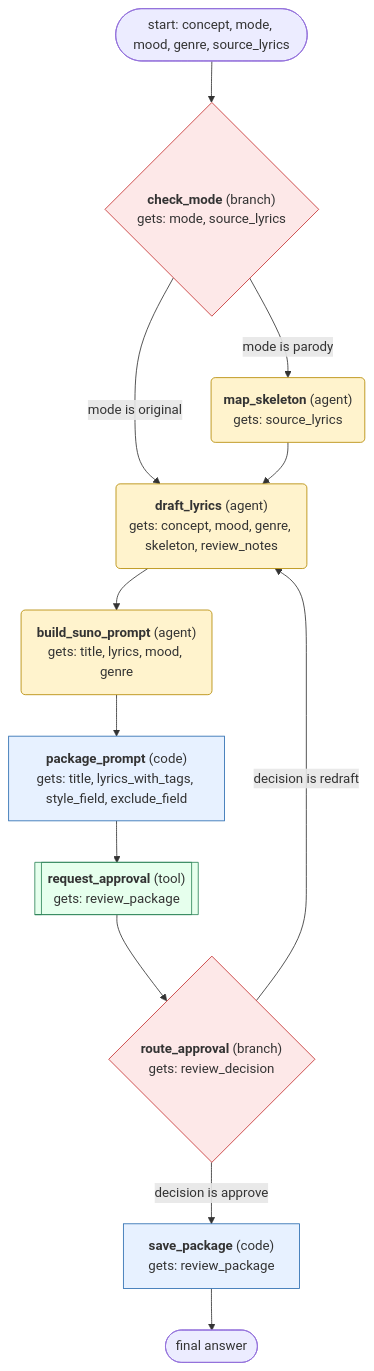
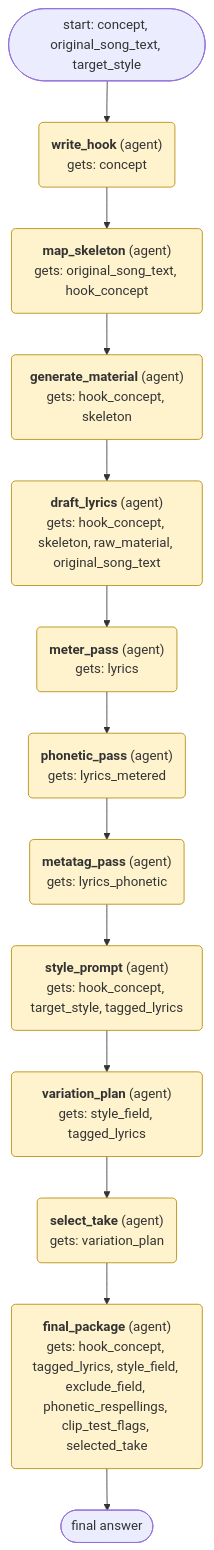
Before and after one commit to payalkanyan/hermes-pilot: the diagram in workflow/generated/songwriting-and-ai-music/FLOWCHART.md, drawn with Mermaid. The commit also changed other lines of this file and 39 other files, not shown here.

````diff
--- a/workflow/generated/songwriting-and-ai-music/FLOWCHART.md
+++ b/workflow/generated/songwriting-and-ai-music/FLOWCHART.md
@@ -5,31 +5,32 @@
 ```mermaid
 flowchart TD
-  start(["start: concept, mode, mood, genre, source_lyrics"])
-  check_mode{"<b>check_mode</b> (branch)<br/>gets: mode, source_lyrics"}
-  map_skeleton("<b>map_skeleton</b> (agent)<br/>gets: source_lyrics")
-  draft_lyrics("<b>draft_lyrics</b> (agent)<br/>gets: concept, mood, genre, skeleton, review_notes")
-  build_suno_prompt("<b>build_suno_prompt</b> (agent)<br/>gets: title, lyrics, mood, genre")
-  package_prompt["<b>package_prompt</b> (code)<br/>gets: title, lyrics_with_tags, style_field, exclude_field"]
-  request_approval[["<b>request_approval</b> (tool)<br/>gets: review_package"]]
-  route_approval{"<b>route_approval</b> (branch)<br/>gets: review_decision"}
-  save_package["<b>save_package</b> (code)<br/>gets: review_package"]
-  save_package --> finish(["final answer"])
-  start --> check_mode
-  check_mode -->|mode is parody| map_skeleton
-  check_mode -->|mode is original| draft_lyrics
-  map_skeleton --> draft_lyrics
-  draft_lyrics --> build_suno_prompt
-  build_suno_prompt --> package_prompt
-  package_prompt --> request_approval
-  request_approval --> route_approval
-  route_approval -->|decision is approve| save_package
-  route_approval -->|decision is redraft| draft_lyrics
+  start(["start: concept, original_song_text, target_style"])
+  write_hook("<b>write_hook</b> (agent)<br/>gets: concept")
+  map_skeleton("<b>map_skeleton</b> (agent)<br/>gets: original_song_text, hook_concept")
+  generate_material("<b>generate_material</b> (agent)<br/>gets: hook_concept, skeleton")
+  draft_lyrics("<b>draft_lyrics</b> (agent)<br/>gets: hook_concept, skeleton, raw_material, original_song_text")
+  meter_pass("<b>meter_pass</b> (agent)<br/>gets: lyrics")
+  phonetic_pass("<b>phonetic_pass</b> (agent)<br/>gets: lyrics_metered")
+  metatag_pass("<b>metatag_pass</b> (agent)<br/>gets: lyrics_phonetic")
+  style_prompt("<b>style_prompt</b> (agent)<br/>gets: hook_concept, target_style, tagged_lyrics")
+  variation_plan("<b>variation_plan</b> (agent)<br/>gets: style_field, tagged_lyrics")
+  select_take("<b>select_take</b> (agent)<br/>gets: variation_plan")
+  final_package("<b>final_package</b> (agent)<br/>gets: hook_concept, tagged_lyrics, style_field, exclude_field, phonetic_respellings, clip_test_flags, selected_take")
+  final_package --> finish(["final answer"])
+  start --> write_hook
+  write_hook --> map_skeleton
+  map_skeleton --> generate_material
+  generate_material --> draft_lyrics
+  draft_lyrics --> meter_pass
+  meter_pass --> phonetic_pass
+  phonetic_pass --> metatag_pass
+  metatag_pass --> style_prompt
+  style_prompt --> variation_plan
+  variation_plan --> select_take
+  select_take --> final_package
   classDef agent fill:#fff3cd,stroke:#b58900;
   classDef code fill:#e7f1ff,stroke:#2b6cb0;
   classDef tool fill:#e6ffed,stroke:#2f855a;
   classDef branch fill:#fde8e8,stroke:#c53030;
-  class map_skeleton,draft_lyrics,build_suno_prompt agent;
-  class check_mode,route_approval branch;
-  class package_prompt,save_package code;
-  class request_approval tool;
+  class write_hook,map_skeleton,generate_material,draft_lyrics,meter_pass,phonetic_pass,metatag_pass,style_prompt,variation_plan,select_take,final_package agent;
 ```
````
